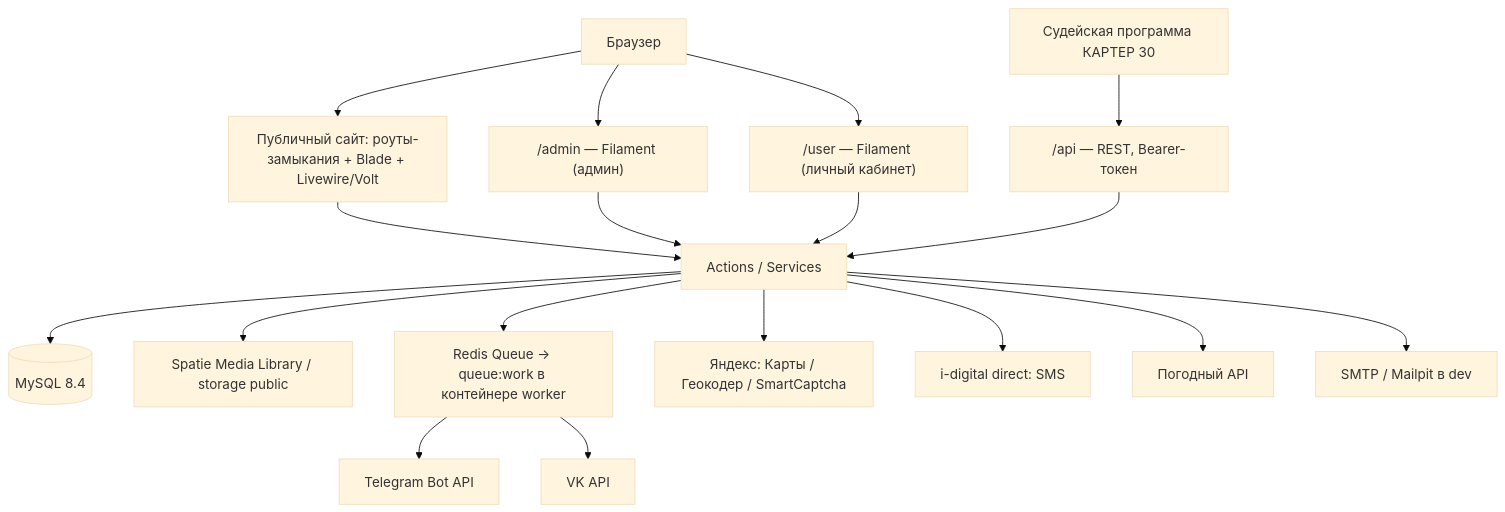
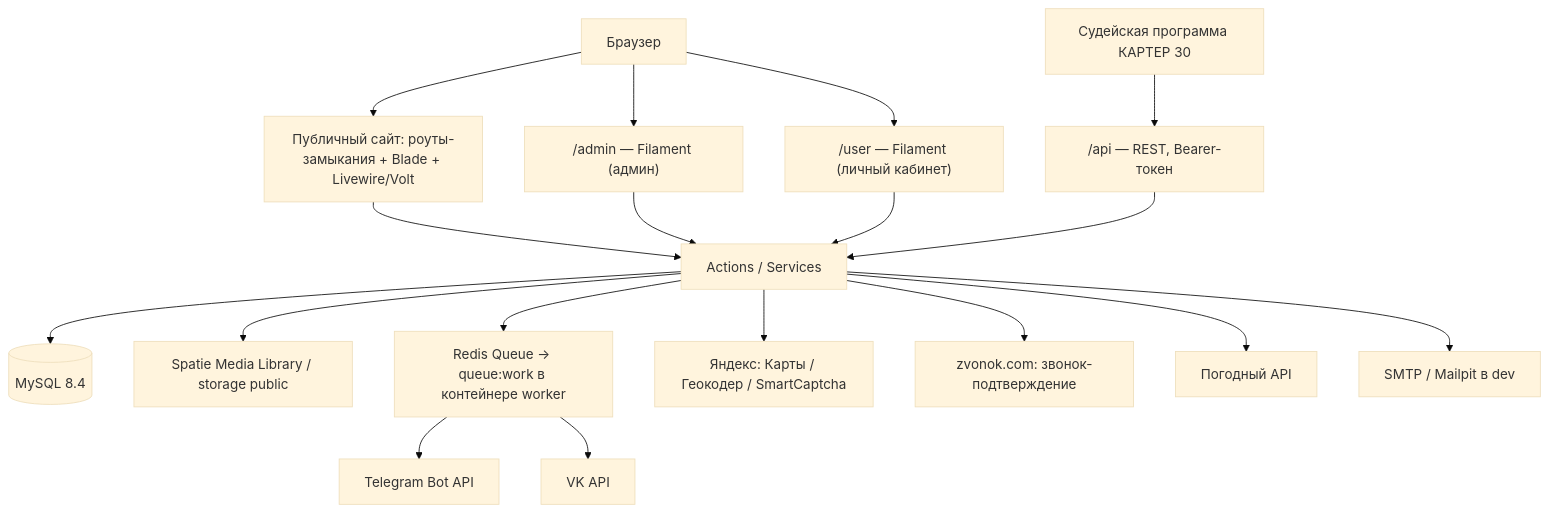
Before and after one commit to traacc/yacht-site: the first of 2 diagrams in DESIGN.md, drawn with Mermaid (base theme). The commit also changed other lines of this file and 19 other files, not shown here.

First line of the commit message:
Refactor phone verification from SMS to Flash Call using zvonok.com

````diff
--- a/DESIGN.md
+++ b/DESIGN.md
@@ -26,24 +26,24 @@
 ```mermaid
 graph TB
     Browser[Браузер] --> Public[Публичный сайт: роуты-замыкания + Blade + Livewire/Volt]
     Browser --> Admin["/admin — Filament (админ)"]
     Browser --> Cabinet["/user — Filament (личный кабинет)"]
 
     Public --> Actions[Actions / Services]
     Admin --> Actions
     Cabinet --> Actions
 
     Actions --> DB[(MySQL 8.4)]
     Actions --> Media[Spatie Media Library / storage public]
     Actions --> Queue[Redis Queue → queue:work в контейнере worker]
 
     Queue --> TG[Telegram Bot API]
     Queue --> VK[VK API]
     Actions --> Yandex[Яндекс: Карты / Геокодер / SmartCaptcha]
-    Actions --> Sms[i-digital direct: SMS]
+    Actions --> FlashCall[zvonok.com: звонок-подтверждение]
     Actions --> Weather[Погодный API]
     Actions --> Mail[SMTP / Mailpit в dev]
 
     Judge[Судейская программа КАРТЕР 30] --> Api["/api — REST, Bearer-токен"]
     Api --> Actions
 ```
````
